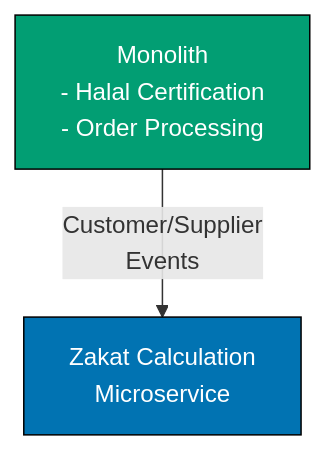
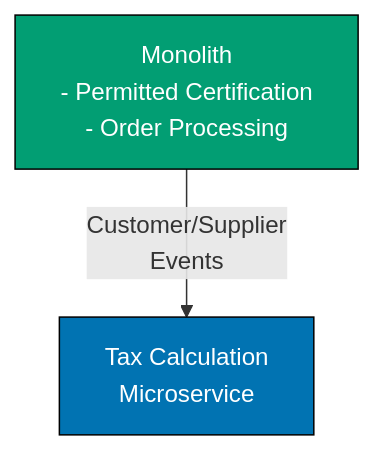
Before and after one commit to wahidyankf/open-sharia-enterprise: diagram 15 of 16 in docs/explanation/software/architecture/domain-driven-design-ddd/ex-so-ar-dodrdedd__04-context-mapping.md, drawn with Mermaid. The commit also changed other lines of this file and 94 other files, not shown here.

````diff
--- a/docs/explanation/software/architecture/domain-driven-design-ddd/ex-so-ar-dodrdedd__04-context-mapping.md
+++ b/docs/explanation/software/architecture/domain-driven-design-ddd/ex-so-ar-dodrdedd__04-context-mapping.md
@@ -796,10 +791,10 @@
 ```mermaid
 graph TD
-    ZC[Zakat Calculation<br/>Microservice]
-    MONO[Monolith<br/>- Halal Certification<br/>- Order Processing]
+    ZC[Tax Calculation<br/>Microservice]
+    MONO[Monolith<br/>- Permitted Certification<br/>- Order Processing]
 
     MONO -->|"Customer/Supplier<br/>Events"| ZC
 
     style ZC fill:#0173B2,stroke:#000,color:#FFFFFF
     style MONO fill:#029E73,stroke:#000,color:#FFFFFF
 ```
````
